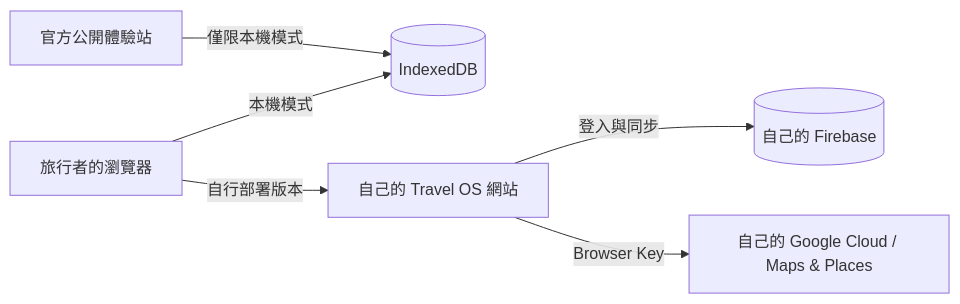
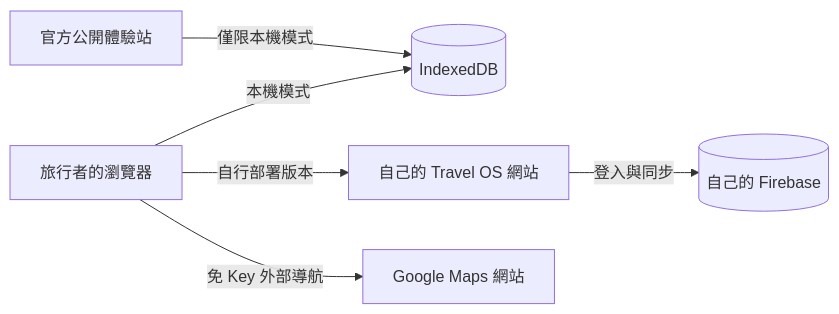
The diagram in README.md (chenzhu254/Travel-OS-first-run), drawn with Mermaid before and after one commit. The commit also changed other lines of this file and 20 other files, not shown here.

````diff
--- a/README.md
+++ b/README.md
@@ -72,8 +72,8 @@
 ```mermaid
 flowchart LR
     A[旅行者的瀏覽器] -->|本機模式| B[(IndexedDB)]
     A -->|自行部署版本| C[自己的 Travel OS 網站]
     C -->|登入與同步| D[(自己的 Firebase)]
-    C -->|Browser Key| E[自己的 Google Cloud / Maps & Places]
+    A -->|免 Key 外部導航| E[Google Maps 網站]
     F[官方公開體驗站] -->|僅限本機模式| B
 ```
````
